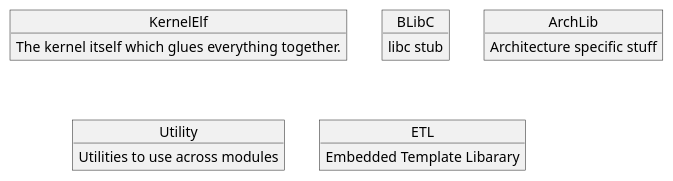
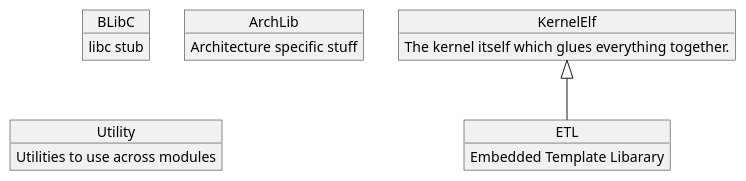
Before and after one commit to cbladt/BladtOS: the diagram in Docs/ModuleDiagram.puml, drawn with PlantUML.

```diff
--- a/Docs/ModuleDiagram.puml
+++ b/Docs/ModuleDiagram.puml
@@ -1,18 +1,20 @@
 @startuml
 
 object KernelElf
 KernelElf : The kernel itself which glues everything together.
 
 object BLibC
 BLibC : libc stub
 
 object ArchLib
 ArchLib : Architecture specific stuff
 
 object Utility
 Utility : Utilities to use across modules
 
 object ETL
 ETL : Embedded Template Libarary
 
+KernelElf <|-- ETL
+
 @enduml
```
